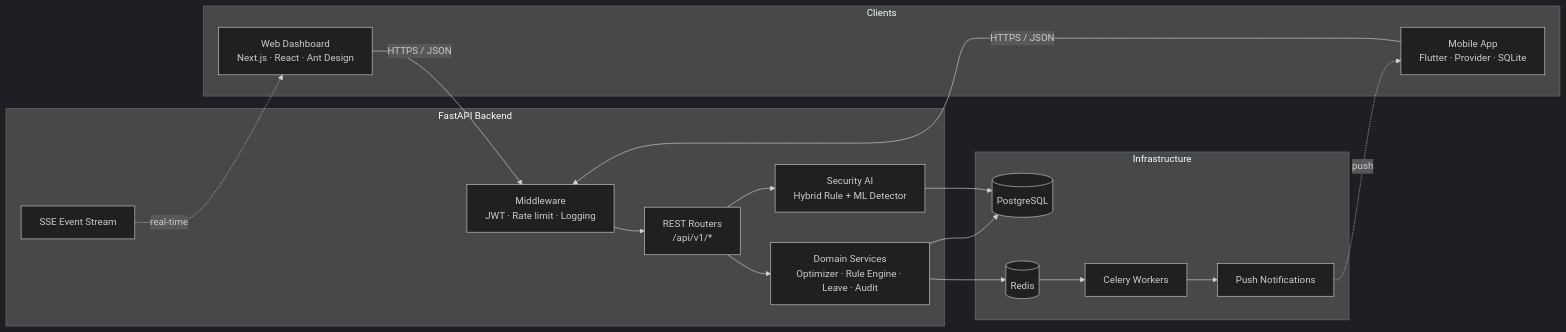
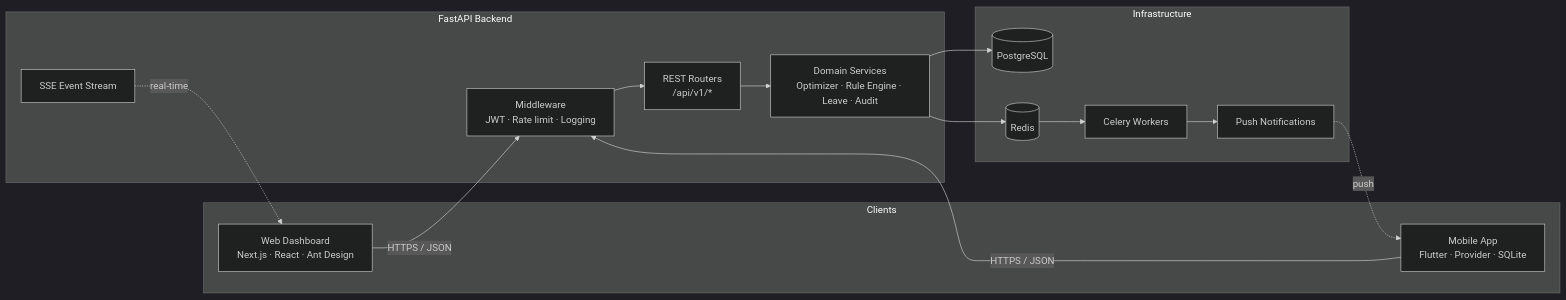
The second of 4 diagrams in README.md (LordAurora/shift-planning-application), drawn with Mermaid (dark theme) before and after one commit. The commit also changed other lines of this file and 67 other files, not shown here.

````diff
--- a/README.md
+++ b/README.md
@@ -152,30 +139,28 @@
 ```mermaid
 flowchart LR
     subgraph Clients
         W["Web Dashboard<br/>Next.js · React · Ant Design"]
         M["Mobile App<br/>Flutter · Provider · SQLite"]
     end
 
     subgraph Backend["FastAPI Backend"]
         MW["Middleware<br/>JWT · Rate limit · Logging"]
         R["REST Routers<br/>/api/v1/*"]
         D["Domain Services<br/>Optimizer · Rule Engine · Leave · Audit"]
-        S["Security AI<br/>Hybrid Rule + ML Detector"]
         E["SSE Event Stream"]
     end
 
     subgraph Infra["Infrastructure"]
         DB[("PostgreSQL")]
         Q[("Redis")]
         C["Celery Workers"]
         F["Push Notifications"]
     end
 
     W -- "HTTPS / JSON" --> MW
     M -- "HTTPS / JSON" --> MW
     MW --> R --> D --> DB
-    R --> S --> DB
     E -. "real-time" .-> W
     D --> Q --> C
     C --> F -. "push" .-> M
 ```
````
